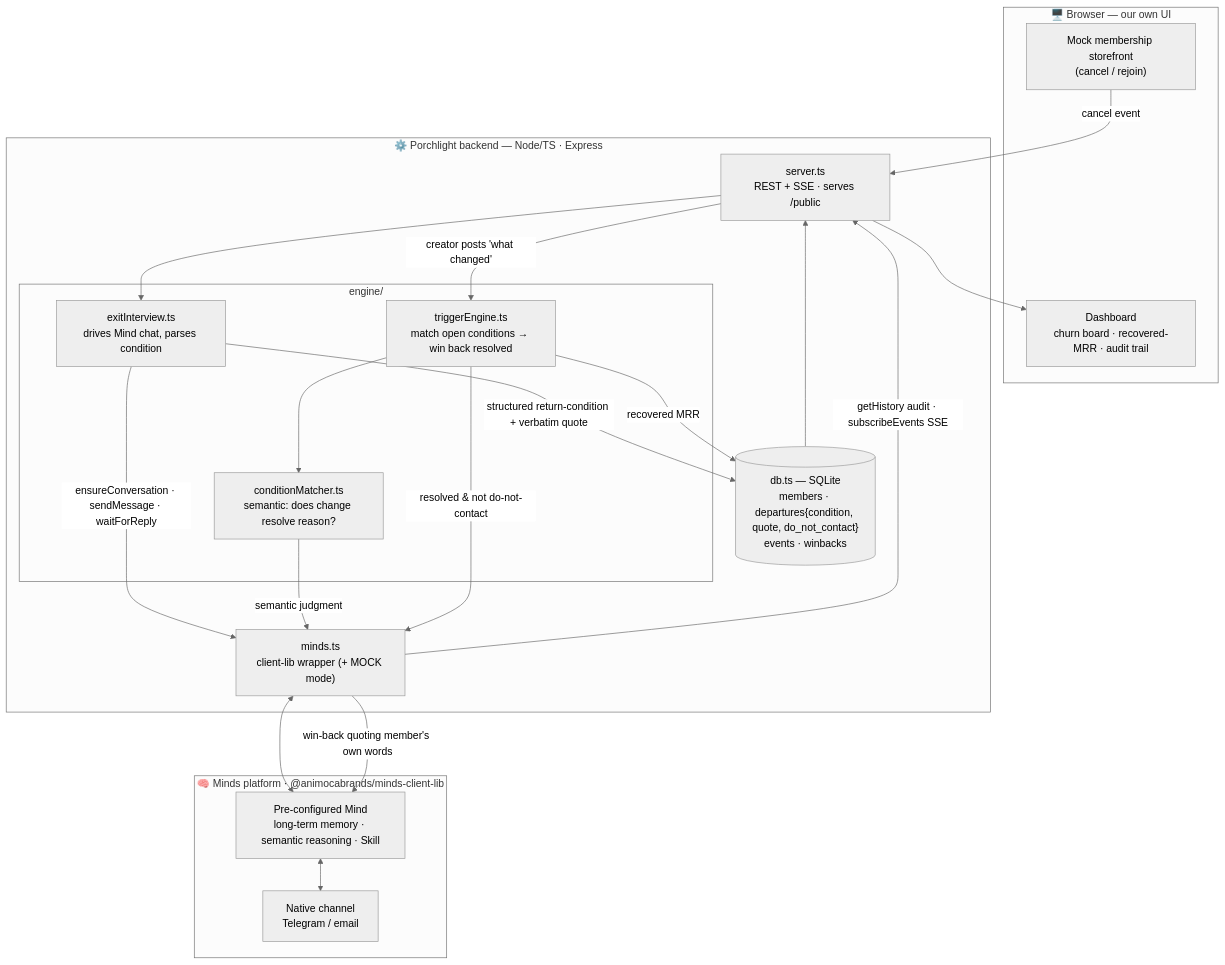
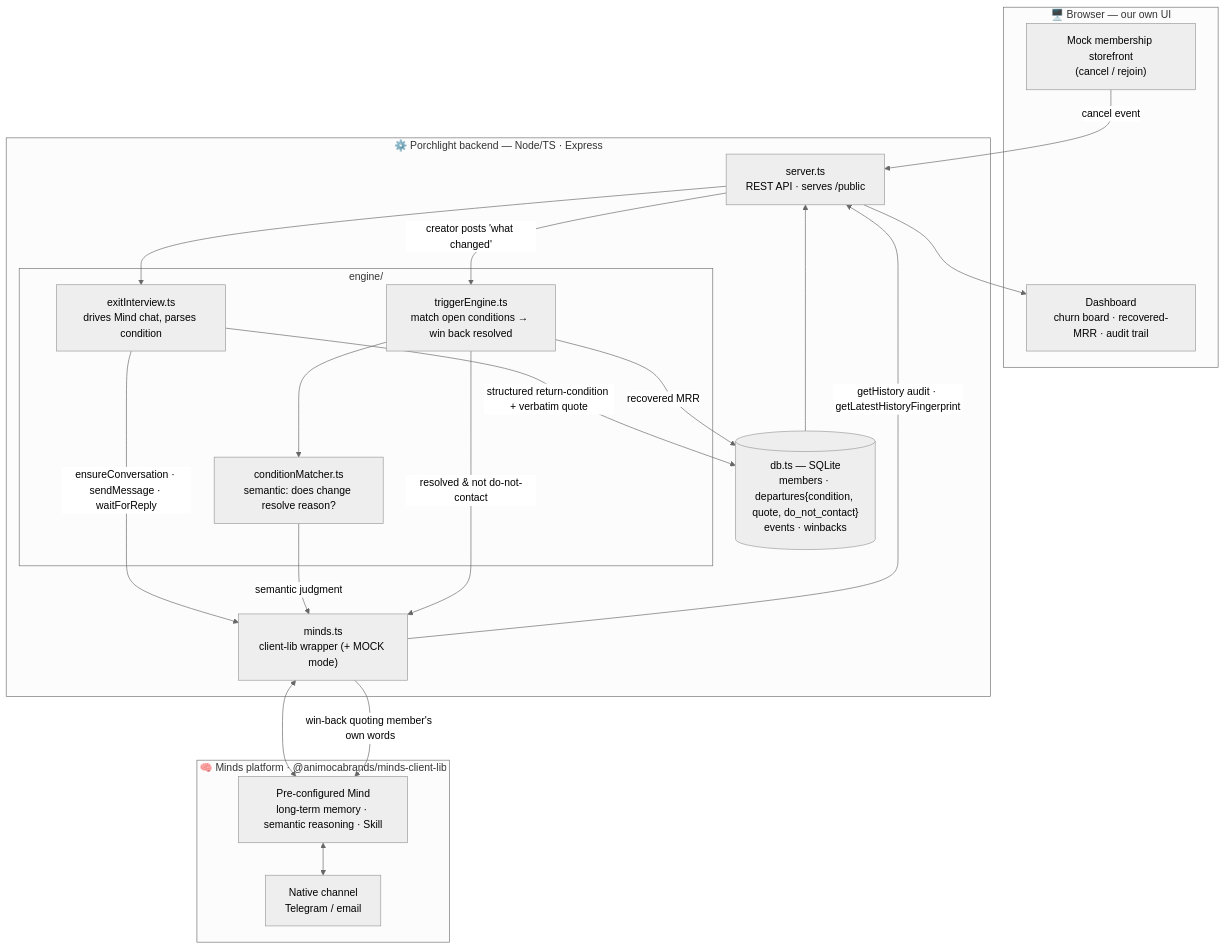
One commit to edycutjong/porchlight changed the diagram in README.md. Above: the diagram before and after it, drawn with Mermaid (neutral theme). The commit also changed other lines of this file, not shown here.

````diff
--- a/README.md
+++ b/README.md
@@ -78,41 +78,41 @@
 ```mermaid
 flowchart TD
     subgraph client["🖥️ Browser — our own UI"]
         SF["Mock membership storefront<br/>(cancel / rejoin)"]
         DASH["Dashboard<br/>churn board · recovered-MRR · audit trail"]
     end
 
     subgraph backend["⚙️ Porchlight backend — Node/TS · Express"]
-        SRV["server.ts<br/>REST + SSE · serves /public"]
+        SRV["server.ts<br/>REST API · serves /public"]
         subgraph engine["engine/"]
             EI["exitInterview.ts<br/>drives Mind chat, parses condition"]
             CM["conditionMatcher.ts<br/>semantic: does change resolve reason?"]
             TE["triggerEngine.ts<br/>match open conditions → win back resolved"]
         end
         MW["minds.ts<br/>client-lib wrapper (+ MOCK mode)"]
         DB[("db.ts — SQLite<br/>members · departures{condition, quote, do_not_contact}<br/>events · winbacks")]
     end
 
     subgraph minds["🧠 Minds platform · @animocabrands/minds-client-lib"]
         MIND["Pre-configured Mind<br/>long-term memory · semantic reasoning · Skill"]
         CH["Native channel<br/>Telegram / email"]
     end
 
     SF -- "cancel event" --> SRV
     SRV --> EI
     EI -- "ensureConversation · sendMessage · waitForReply" --> MW
     MW <--> MIND
     MIND <--> CH
     EI -- "structured return-condition + verbatim quote" --> DB
 
     SRV -- "creator posts 'what changed'" --> TE
     TE --> CM
     CM -- "semantic judgment" --> MW
     TE -- "resolved & not do-not-contact" --> MW
     MW -- "win-back quoting member's own words" --> MIND
     TE -- "recovered MRR" --> DB
 
     DB --> SRV
-    MW -- "getHistory audit · subscribeEvents SSE" --> SRV
+    MW -- "getHistory audit · getLatestHistoryFingerprint" --> SRV
     SRV --> DASH
 ```
````
